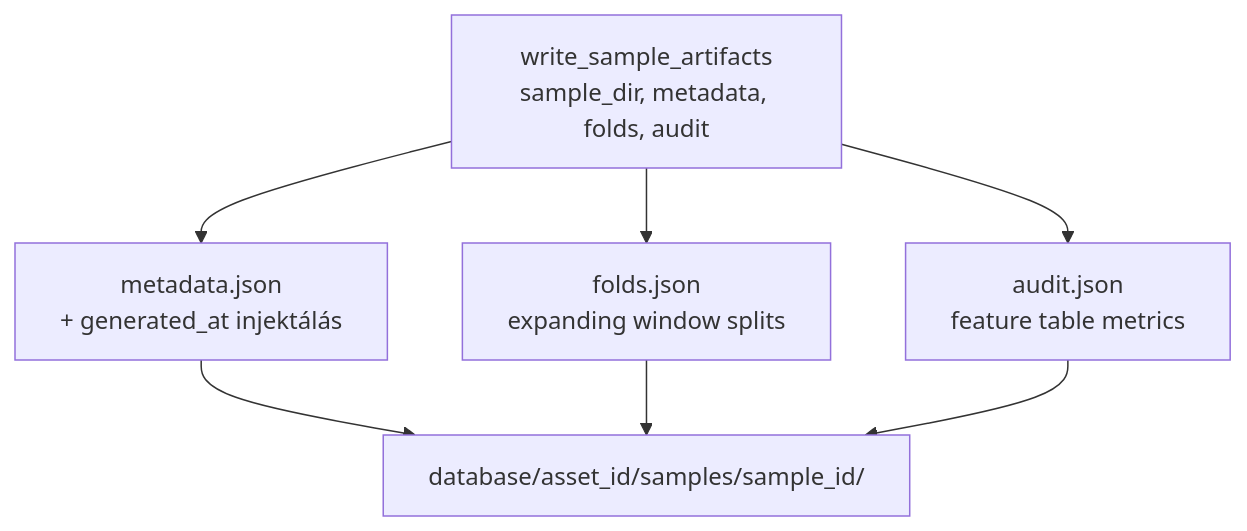
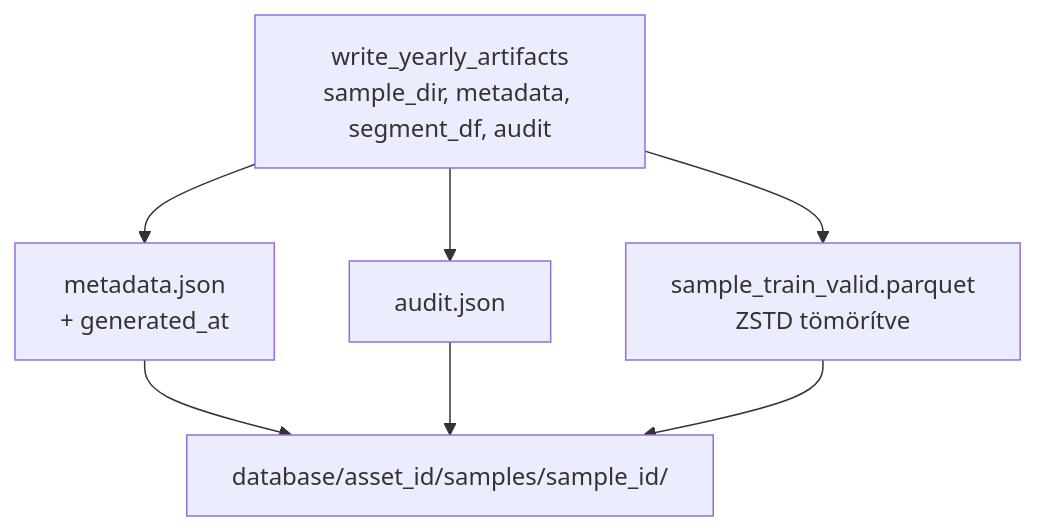
One commit to Nemesis14/chronoquant changed the diagram in _doc_/5200_sampling_artifacts.md. Above: the diagram before and after it, drawn with Mermaid. The commit also changed other lines of this file and 267 other files, not shown here.

````diff
--- a/_doc_/5200_sampling_artifacts.md
+++ b/_doc_/5200_sampling_artifacts.md
@@ -11,9 +16,7 @@
 ```mermaid
 flowchart TD
-  A[write_sample_artifacts\nsample_dir, metadata, folds, audit] --> B[metadata.json\n+ generated_at injektálás]
-  A --> C[folds.json\nexpanding window splits]
-  A --> D[audit.json\nfeature table metrics]
-  B --> E[database/asset_id/samples/sample_id/]
-  C --> E
-  D --> E
+  A[write_yearly_artifacts\nsample_dir, metadata, segment_df, audit] --> B[metadata.json\n+ generated_at]
+  A --> C[audit.json]
+  A --> D[sample_train_valid.parquet\nZSTD tömörítve]
+  B & C & D --> E[database/asset_id/samples/sample_id/]
 ```
````
